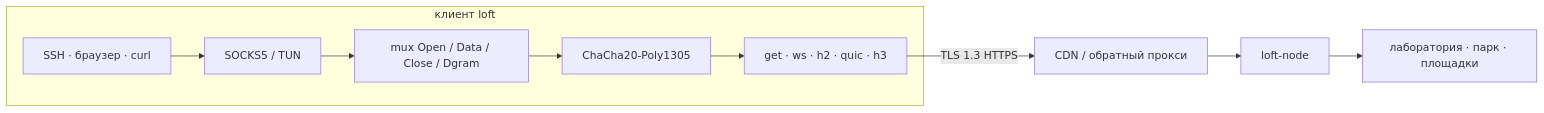
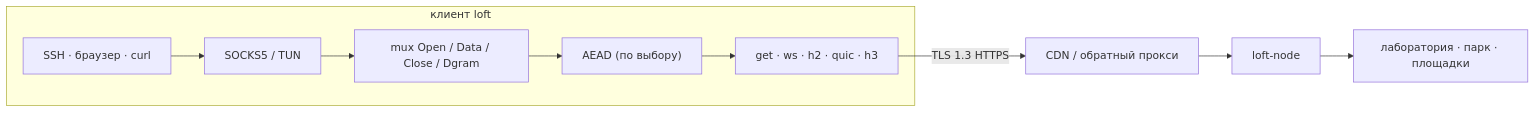
One commit to a3app/loft changed the diagram in README_ru.md. Above: the diagram before and after it, drawn with Mermaid. The commit also changed other lines of this file and 2 other files, not shown here.

````diff
--- a/README_ru.md
+++ b/README_ru.md
@@ -68,12 +72,12 @@
 ```mermaid
 flowchart LR
     subgraph Client["клиент loft"]
         App["SSH · браузер · curl"] --> In["SOCKS5 / TUN"]
         In --> Mux["mux Open / Data / Close / Dgram"]
-        Mux --> Seal["ChaCha20-Poly1305"]
+        Mux --> Seal["AEAD (по выбору)"]
         Seal --> Front["get · ws · h2 · quic · h3"]
     end
     Front -->|"TLS 1.3 HTTPS"| Edge["CDN / обратный прокси"]
     Edge --> Node["loft-node"]
     Node --> Dest["лаборатория · парк · площадки"]
 ```
````
